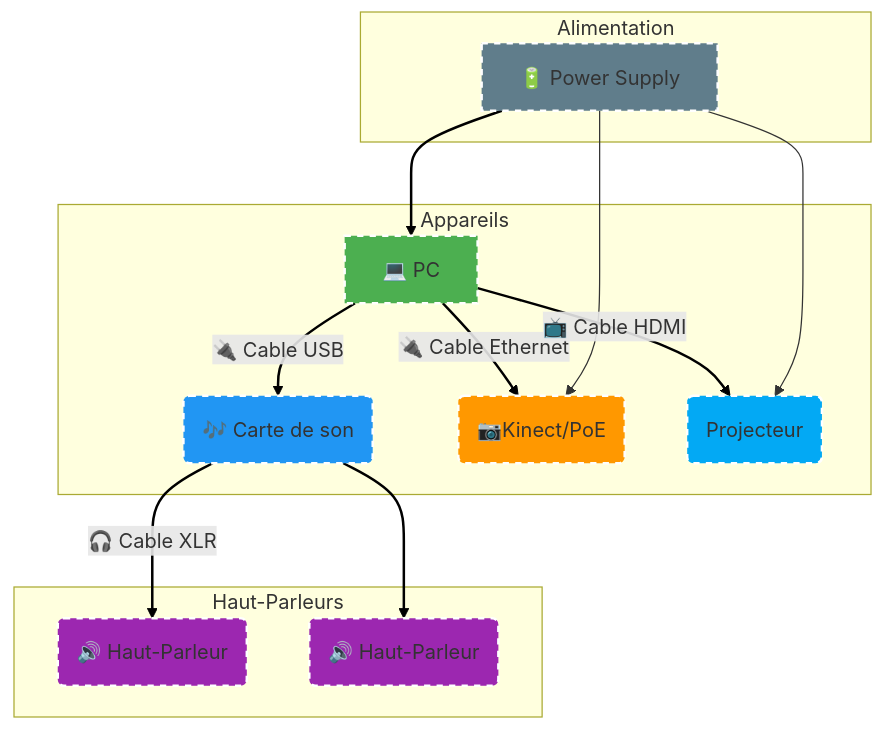
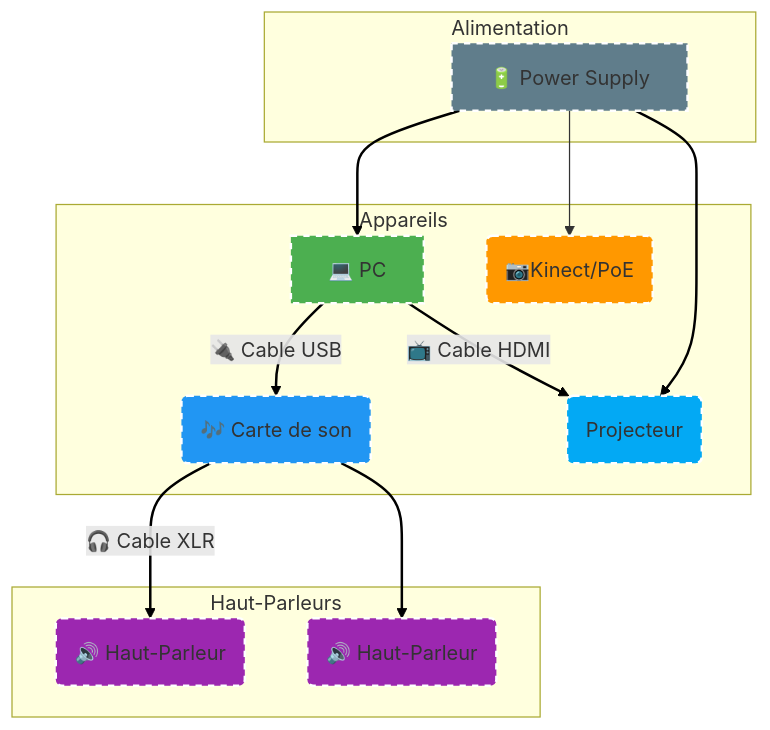
Before and after one commit to Ethereal-Creators/Etheria: the diagram in 30_production/30_synoptique/README.md, drawn with Mermaid.

Commit message:
ajustement syno

````diff
--- a/30_production/30_synoptique/README.md
+++ b/30_production/30_synoptique/README.md
@@ -4,49 +4,48 @@
 ```mermaid
 flowchart TD
     subgraph Power [Alimentation]
         G[🔋 Power Supply]
     end
 
     subgraph Devices [Appareils]
         A[💻 PC]
         B(🎶 Carte de son)
         C(📷Kinect/PoE)
         F(Projecteur)
     end
 
     subgraph Speakers [Haut-Parleurs]
         D(🔊 Haut-Parleur)
         E(🔊 Haut-Parleur)
     end
 
     %% Connections
     A -->|🔌 Cable USB| B
-    A -->|🔌 Cable Ethernet | C
     B -->|🎧 Cable XLR| D
     B --> E
     A -->|📺 Cable HDMI| F
     G --> A
     G --> F
     G --> C
 
     %% Styling
     style A fill:#4CAF50,stroke:#ffffff,stroke-width:2px,stroke-dasharray: 5, 5
     style B fill:#2196F3,stroke:#ffffff,stroke-width:2px,stroke-dasharray: 5, 5
     style C fill:#FF9800,stroke:#ffffff,stroke-width:2px,stroke-dasharray: 5, 5
     style D fill:#9C27B0,stroke:#ffffff,stroke-width:2px,stroke-dasharray: 5, 5
     style E fill:#9C27B0,stroke:#ffffff,stroke-width:2px,stroke-dasharray: 5, 5
     style F fill:#03A9F4,stroke:#ffffff,stroke-width:2px,stroke-dasharray: 5, 5
     style G fill:#607D8B,stroke:#ffffff,stroke-width:2px,stroke-dasharray: 5, 5
 
   %% Subgraph Styling
     class Power fill:#607D8B,stroke:#ffffff,stroke-width:2px;
     class Devices fill:#4CAF50,stroke:#ffffff,stroke-width:2px;
     class Speakers fill:#9C27B0,stroke:#ffffff,stroke-width:2px;
 
     %% Node Shapes
     class A,B,C,D,E,F,G roundrect;
 
     %% Arrowheads & Font Sizes
     linkStyle 0,1,2,3,4,5 stroke:#000000,stroke-width:2px,fill:none;
     class A,B,C,D,E,F,G font-size:14px;
 ```
````
